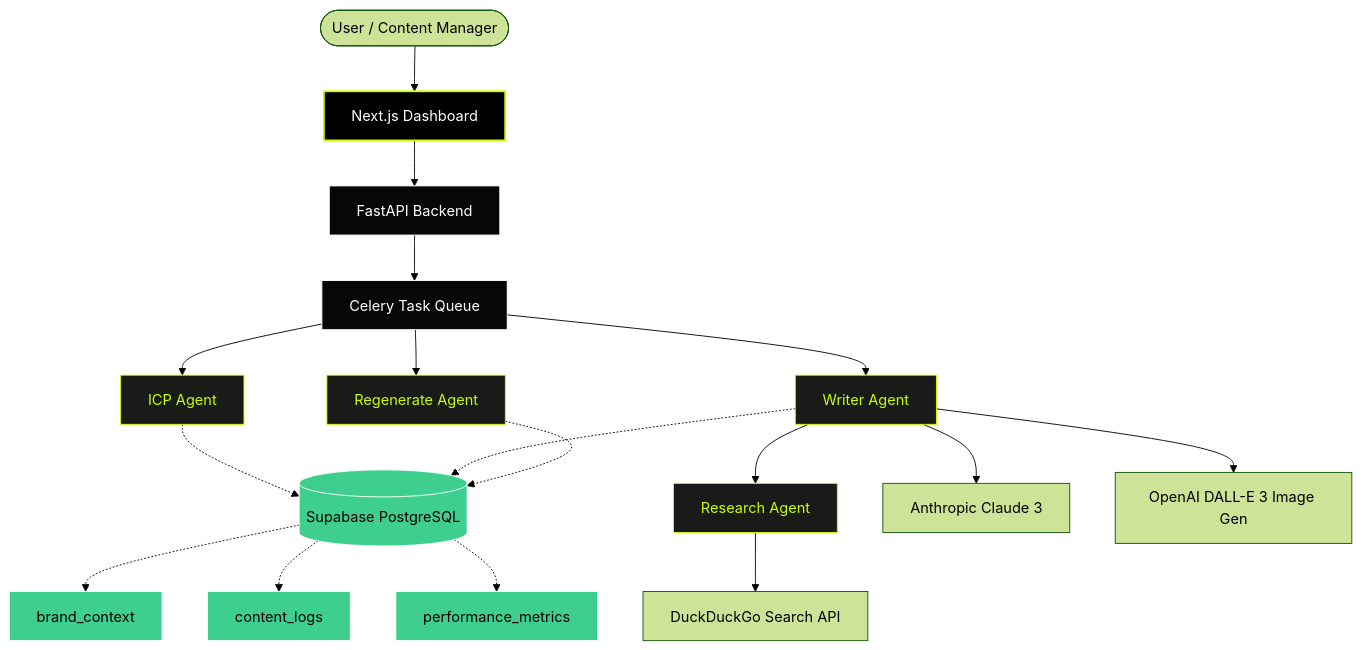
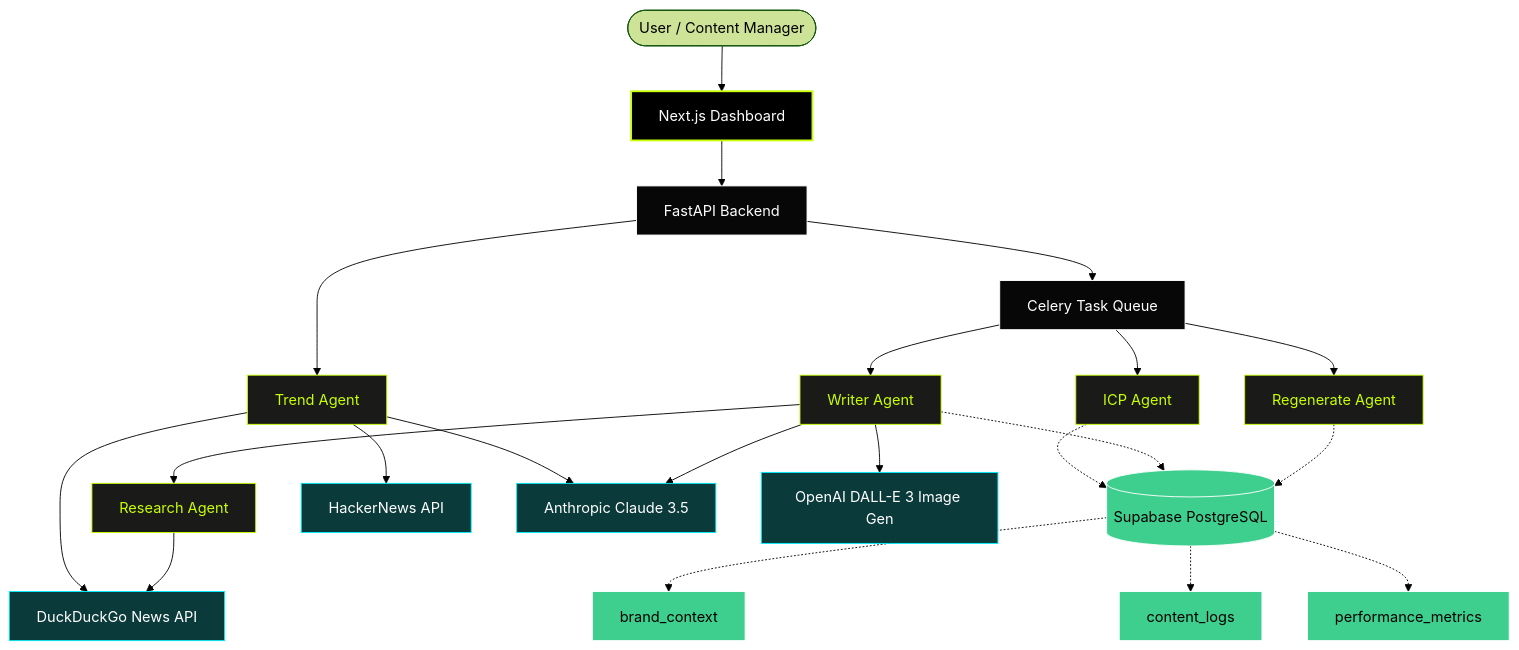
The diagram in README.md (bitcot/agentic-content-automation), drawn with Mermaid (forest theme) before and after one commit. The commit also changed other lines of this file, not shown here.

Commit message:
docs: comprehensively update README with Mode A, SEO tracking, and updated architecture diagram

````diff
--- a/README.md
+++ b/README.md
@@ -29,39 +31,45 @@
 ```mermaid
 graph TD
     %% Core Infrastructure
     User([User / Content Manager]) --> UI[Next.js Dashboard]
     UI --> API[FastAPI Backend]
     
     %% Agents & Logic
+    API --> TrendAgent[Trend Agent]
     API --> Celery[Celery Task Queue]
     Celery --> ICPAgent[ICP Agent]
     Celery --> WriterAgent[Writer Agent]
     Celery --> RegenAgent[Regenerate Agent]
     WriterAgent --> ResearchAgent[Research Agent]
     
     %% Brain & Memory
     ICPAgent -.-> Supabase[(Supabase PostgreSQL)]
     WriterAgent -.-> Supabase
     RegenAgent -.-> Supabase
     
     %% External Services
-    WriterAgent --> Claude[Anthropic Claude 3]
+    TrendAgent --> HN[HackerNews API]
+    TrendAgent --> DDG[DuckDuckGo News API]
+    TrendAgent --> Claude[Anthropic Claude 3.5]
+    WriterAgent --> Claude
     WriterAgent --> OpenAI[OpenAI DALL-E 3 Image Gen]
-    ResearchAgent --> DDG[DuckDuckGo Search API]
+    ResearchAgent --> DDG
     
     %% Data Models inside DB
     Supabase -.-> BrandContext[brand_context]
     Supabase -.-> ContentLogs[content_logs]
     Supabase -.-> PerfMetrics[performance_metrics]
     
     %% Styling
     classDef ui fill:#000,stroke:#C8FF00,stroke-width:2px,color:#fff;
     classDef api fill:#070707,stroke:#fff,stroke-width:1px,color:#fff;
     classDef agent fill:#1A1A18,stroke:#C8FF00,stroke-width:1px,color:#C8FF00;
+    classDef external fill:#0b3a3b,stroke:#00f0ff,stroke-width:1px,color:#fff;
     classDef db fill:#3ECF8E,stroke:#fff,stroke-width:1px,color:#000;
     
     class UI ui;
     class API,Celery api;
-    class ICPAgent,WriterAgent,RegenAgent,ResearchAgent agent;
+    class ICPAgent,WriterAgent,RegenAgent,ResearchAgent,TrendAgent agent;
+    class HN,DDG,Claude,OpenAI external;
     class Supabase,BrandContext,ContentLogs,PerfMetrics db;
 ```
````
